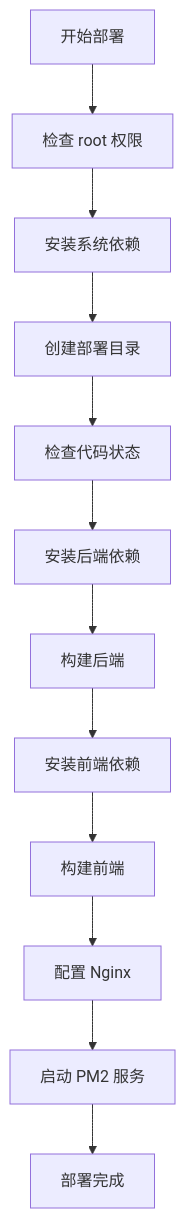
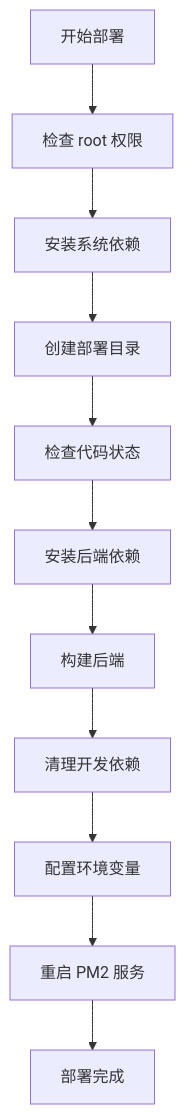
The seventh of 10 diagrams in .qoder/repowiki/zh/content/开发指南/部署基础设施.md (songdiyang/clawOperations), drawn with Mermaid before and after one commit. The commit also changed other lines of this file and 5 other files, not shown here.

````diff
--- a/.qoder/repowiki/zh/content/开发指南/部署基础设施.md
+++ b/.qoder/repowiki/zh/content/开发指南/部署基础设施.md
@@ -254,14 +256,13 @@
 ```mermaid
 flowchart TD
 A[开始部署] --> B[检查 root 权限]
 B --> C[安装系统依赖]
 C --> D[创建部署目录]
 D --> E[检查代码状态]
 E --> F[安装后端依赖]
 F --> G[构建后端]
-G --> H[安装前端依赖]
-H --> I[构建前端]
-I --> J[配置 Nginx]
-J --> K[启动 PM2 服务]
-K --> L[部署完成]
+G --> H[清理开发依赖]
+H --> I[配置环境变量]
+I --> J[重启 PM2 服务]
+J --> K[部署完成]
 ```
````
